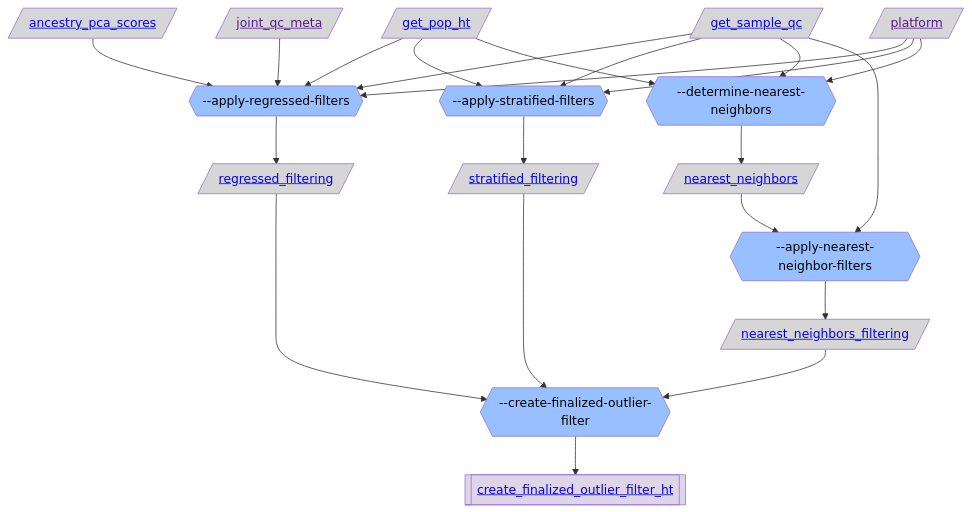
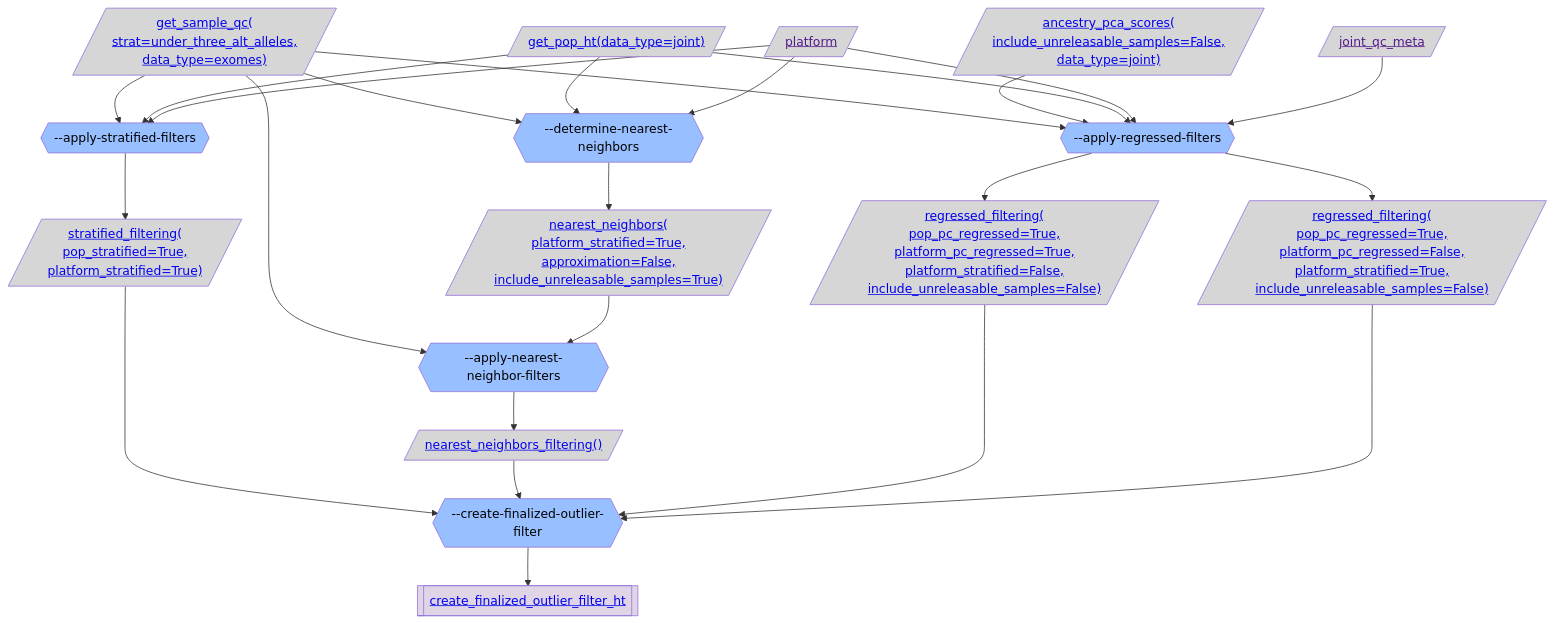
One commit to broadinstitute/gnomad_qc changed the third of 4 diagrams in gnomad_qc/v4/sample_qc/README.md. Above: the diagram before and after it, drawn with Mermaid. The commit also changed other lines of this file and 3 other files, not shown here.

Commit message:
include arguments for resources

````diff
--- a/gnomad_qc/v4/sample_qc/README.md
+++ b/gnomad_qc/v4/sample_qc/README.md
@@ -280,47 +316,67 @@
 ```mermaid
 flowchart TB;
   classDef script_color fill:#2C5D4A,color:#000000
   classDef step_color fill:#98BFFF,color:#000000
   classDef func_color fill:#E0D5E6,color:#000000
   classDef gnomad_methods_color fill:#F9F2CE,color:#000000
   classDef hail_color fill:#FAEACE,color:#000000
   classDef resource_color fill:#D6D6D6,color:#000000
   classDef validity_check_color fill:#2C5D4A,color:#000000
 
-  resource_get_sample_qc[/"<a href='https://github.com/broadinstitute/gnomad_qc/tree/main/gnomad_qc/v4/resources/sample_qc.py#L44'>get_sample_qc</a>"/]:::resource_color;
+  resource_get_sample_qc_strat_under_three_alt_alleles_data_type_exomes[/"<a href='https://github.com/broadinstitute/gnomad_qc/tree/main/gnomad_qc/v4/resources/sample_qc.py#L44'>get_sample_qc(
+strat=under_three_alt_alleles,
+data_type=exomes)</a>"/]:::resource_color;
   step_apply_regressed_filters{{"--apply-regressed-filters"}}:::step_color;
-  resource_ancestry_pca_scores[/"<a href='https://github.com/broadinstitute/gnomad_qc/tree/main/gnomad_qc/v4/resources/sample_qc.py#L624'>ancestry_pca_scores</a>"/]:::resource_color;
-  resource_get_pop_ht[/"<a href='https://github.com/broadinstitute/gnomad_qc/tree/main/gnomad_qc/v4/resources/sample_qc.py#L698'>get_pop_ht</a>"/]:::resource_color;
+  resource_ancestry_pca_scores_include_unreleasable_samples_False_data_type_joint[/"<a href='https://github.com/broadinstitute/gnomad_qc/tree/main/gnomad_qc/v4/resources/sample_qc.py#L624'>ancestry_pca_scores(
+include_unreleasable_samples=False,
+data_type=joint)</a>"/]:::resource_color;
+  resource_get_pop_ht_data_type_joint[/"<a href='https://github.com/broadinstitute/gnomad_qc/tree/main/gnomad_qc/v4/resources/sample_qc.py#L698'>get_pop_ht(data_type=joint)</a>"/]:::resource_color;
   resource_platform[/"<a href=''>platform</a>"/]:::resource_color;
   resource_joint_qc_meta[/"<a href=''>joint_qc_meta</a>"/]:::resource_color;
-  resource_regressed_filtering[/"<a href='https://github.com/broadinstitute/gnomad_qc/tree/main/gnomad_qc/v4/resources/sample_qc.py#L780'>regressed_filtering</a>"/]:::resource_color;
+  step_apply_stratified_filters{{"--apply-stratified-filters"}}:::step_color;
+  resource_stratified_filtering_pop_stratified_True_platform_stratified_True[/"<a href='https://github.com/broadinstitute/gnomad_qc/tree/main/gnomad_qc/v4/resources/sample_qc.py#L749'>stratified_filtering(
+pop_stratified=True,
+platform_stratified=True)</a>"/]:::resource_color;
   step_create_finalized_outlier_filter{{"--create-finalized-outlier-filter"}}:::step_color;
   func_create_finalized_outlier_filter_ht[["<a href='https://github.com/broadinstitute/gnomad_qc/tree/main/gnomad_qc/v4/sample_qc/outlier_filtering.py#L587'>create_finalized_outlier_filter_ht</a>"]]:::func_color;
-  step_apply_stratified_filters{{"--apply-stratified-filters"}}:::step_color;
-  resource_stratified_filtering[/"<a href='https://github.com/broadinstitute/gnomad_qc/tree/main/gnomad_qc/v4/resources/sample_qc.py#L749'>stratified_filtering</a>"/]:::resource_color;
   step_apply_nearest_neighbor_filters{{"--apply-nearest-neighbor-filters"}}:::step_color;
-  resource_nearest_neighbors_filtering[/"<a href='https://github.com/broadinstitute/gnomad_qc/tree/main/gnomad_qc/v4/resources/sample_qc.py#L856'>nearest_neighbors_filtering</a>"/]:::resource_color;
+  resource_nearest_neighbors_filtering_[/"<a href='https://github.com/broadinstitute/gnomad_qc/tree/main/gnomad_qc/v4/resources/sample_qc.py#L856'>nearest_neighbors_filtering()</a>"/]:::resource_color;
+  resource_regressed_filtering_pop_pc_regressed_True_platform_pc_regressed_True_platform_stratified_False_include_unreleasable_samples_False[/"<a href='https://github.com/broadinstitute/gnomad_qc/tree/main/gnomad_qc/v4/resources/sample_qc.py#L780'>regressed_filtering(
+pop_pc_regressed=True,
+platform_pc_regressed=True,
+platform_stratified=False,
+include_unreleasable_samples=False)</a>"/]:::resource_color;
+  resource_regressed_filtering_pop_pc_regressed_True_platform_pc_regressed_False_platform_stratified_True_include_unreleasable_samples_False[/"<a href='https://github.com/broadinstitute/gnomad_qc/tree/main/gnomad_qc/v4/resources/sample_qc.py#L780'>regressed_filtering(
+pop_pc_regressed=True,
+platform_pc_regressed=False,
+platform_stratified=True,
+include_unreleasable_samples=False)</a>"/]:::resource_color;
   step_determine_nearest_neighbors{{"--determine-nearest-neighbors"}}:::step_color;
-  resource_nearest_neighbors[/"<a href='https://github.com/broadinstitute/gnomad_qc/tree/main/gnomad_qc/v4/resources/sample_qc.py#L820'>nearest_neighbors</a>"/]:::resource_color;
-  resource_get_sample_qc --> step_apply_regressed_filters;
-  resource_ancestry_pca_scores --> step_apply_regressed_filters;
-  resource_get_pop_ht --> step_apply_regressed_filters;
+  resource_nearest_neighbors_platform_stratified_True_approximation_False_include_unreleasable_samples_True[/"<a href='https://github.com/broadinstitute/gnomad_qc/tree/main/gnomad_qc/v4/resources/sample_qc.py#L820'>nearest_neighbors(
+platform_stratified=True,
+approximation=False,
+include_unreleasable_samples=True)</a>"/]:::resource_color;
+  resource_get_sample_qc_strat_under_three_alt_alleles_data_type_exomes --> step_apply_regressed_filters;
+  resource_ancestry_pca_scores_include_unreleasable_samples_False_data_type_joint --> step_apply_regressed_filters;
+  resource_get_pop_ht_data_type_joint --> step_apply_regressed_filters;
   resource_platform --> step_apply_regressed_filters;
   resource_joint_qc_meta --> step_apply_regressed_filters;
-  step_apply_regressed_filters --> resource_regressed_filtering;
-  resource_regressed_filtering --> step_create_finalized_outlier_filter;
+  step_apply_stratified_filters --> resource_stratified_filtering_pop_stratified_True_platform_stratified_True;
+  resource_stratified_filtering_pop_stratified_True_platform_stratified_True --> step_create_finalized_outlier_filter;
   step_create_finalized_outlier_filter --> func_create_finalized_outlier_filter_ht;
-  step_apply_stratified_filters --> resource_stratified_filtering;
-  resource_stratified_filtering --> step_create_finalized_outlier_filter;
-  step_apply_nearest_neighbor_filters --> resource_nearest_neighbors_filtering;
-  resource_nearest_neighbors_filtering --> step_create_finalized_outlier_filter;
-  resource_get_sample_qc --> step_apply_stratified_filters;
-  resource_get_pop_ht --> step_apply_stratified_filters;
+  step_apply_nearest_neighbor_filters --> resource_nearest_neighbors_filtering_;
+  resource_nearest_neighbors_filtering_ --> step_create_finalized_outlier_filter;
+  step_apply_regressed_filters --> resource_regressed_filtering_pop_pc_regressed_True_platform_pc_regressed_True_platform_stratified_False_include_unreleasable_samples_False;
+  resource_regressed_filtering_pop_pc_regressed_True_platform_pc_regressed_True_platform_stratified_False_include_unreleasable_samples_False --> step_create_finalized_outlier_filter;
+  step_apply_regressed_filters --> resource_regressed_filtering_pop_pc_regressed_True_platform_pc_regressed_False_platform_stratified_True_include_unreleasable_samples_False;
+  resource_regressed_filtering_pop_pc_regressed_True_platform_pc_regressed_False_platform_stratified_True_include_unreleasable_samples_False --> step_create_finalized_outlier_filter;
+  resource_get_sample_qc_strat_under_three_alt_alleles_data_type_exomes --> step_apply_stratified_filters;
+  resource_get_pop_ht_data_type_joint --> step_apply_stratified_filters;
   resource_platform --> step_apply_stratified_filters;
-  resource_get_sample_qc --> step_determine_nearest_neighbors;
-  resource_get_pop_ht --> step_determine_nearest_neighbors;
+  resource_get_sample_qc_strat_under_three_alt_alleles_data_type_exomes --> step_determine_nearest_neighbors;
+  resource_get_pop_ht_data_type_joint --> step_determine_nearest_neighbors;
   resource_platform --> step_determine_nearest_neighbors;
-  step_determine_nearest_neighbors --> resource_nearest_neighbors;
-  resource_nearest_neighbors --> step_apply_nearest_neighbor_filters;
-  resource_get_sample_qc --> step_apply_nearest_neighbor_filters;
+  resource_get_sample_qc_strat_under_three_alt_alleles_data_type_exomes --> step_apply_nearest_neighbor_filters;
+  step_determine_nearest_neighbors --> resource_nearest_neighbors_platform_stratified_True_approximation_False_include_unreleasable_samples_True;
+  resource_nearest_neighbors_platform_stratified_True_approximation_False_include_unreleasable_samples_True --> step_apply_nearest_neighbor_filters;
 ```
````
